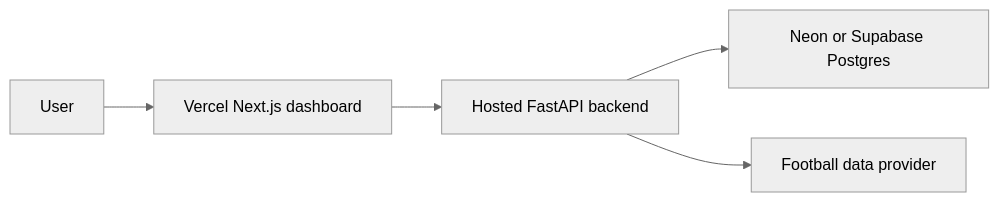
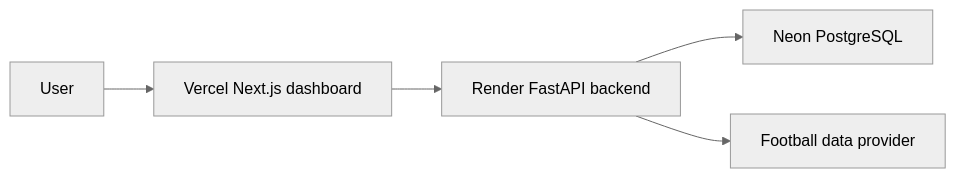
The diagram in docs/deployment.md (im004/scouts-edge), drawn with Mermaid (neutral theme) before and after one commit. The commit also changed other lines of this file and 7 other files, not shown here.

Commit message:
Document live deployment architecture

````diff
--- a/docs/deployment.md
+++ b/docs/deployment.md
@@ -34,7 +42,7 @@
 ```mermaid
 flowchart LR
   User["User"] --> Vercel["Vercel Next.js dashboard"]
-  Vercel --> API["Hosted FastAPI backend"]
-  API --> DB["Neon or Supabase Postgres"]
+  Vercel --> API["Render FastAPI backend"]
+  API --> DB["Neon PostgreSQL"]
   API --> Provider["Football data provider"]
 ```
````
